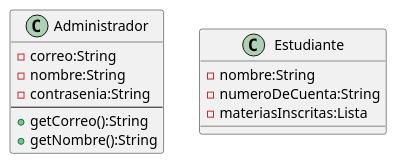
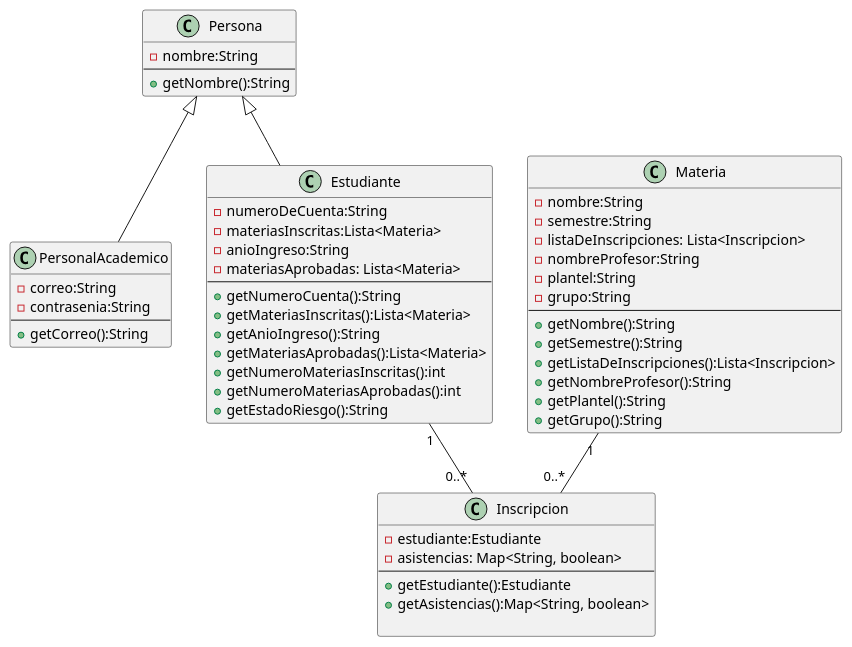
The diagram in ExamenOchoaAMS_239/src/main/java/uml/DCExamenOchoaAMS.puml (juanochoa202/ExaOchoaAMS_239), drawn with PlantUML before and after one commit. The commit also changed 2 other files, not shown here.

Commit message:
Agregué diagrama de clases

```diff
--- a/ExamenOchoaAMS_239/src/main/java/uml/DCExamenOchoaAMS.puml
+++ b/ExamenOchoaAMS_239/src/main/java/uml/DCExamenOchoaAMS.puml
@@ -1,20 +1,62 @@
 @startuml
 
-class Administrador{
+class Persona{
+    -nombre:String
+    ---
+    +getNombre():String
+}
+
+class PersonalAcademico{
     -correo:String
-    -nombre:String
     -contrasenia:String
     ---
     +getCorreo():String
-    +getNombre():String
 }
 
 class Estudiante{
+    -numeroDeCuenta:String
+    -materiasInscritas:Lista<Materia>
+    -anioIngreso:String
+    -materiasAprobadas: Lista<Materia>
+    ---
+    +getNumeroCuenta():String
+    +getMateriasInscritas():Lista<Materia>
+    +getAnioIngreso():String
+    +getMateriasAprobadas():Lista<Materia>
+    +getNumeroMateriasInscritas():int
+    +getNumeroMateriasAprobadas():int
+    +getEstadoRiesgo():String
+}
+
+class Materia {
     -nombre:String
-    -numeroDeCuenta:String
-    -materiasInscritas:Lista
+    -semestre:String
+    -listaDeInscripciones: Lista<Inscripcion>
+    -nombreProfesor:String
+    -plantel:String
+    -grupo:String
+    ---
+    +getNombre():String
+    +getSemestre():String
+    +getListaDeInscripciones():Lista<Inscripcion>
+    +getNombreProfesor():String
+    +getPlantel():String
+    +getGrupo():String
+}
+
+class Inscripcion{
+    -estudiante:Estudiante
+    -asistencias: Map<String, boolean>
+    ---
+    +getEstudiante():Estudiante
+    +getAsistencias():Map<String, boolean>
     
 }
 
+Persona <|-- PersonalAcademico
+Persona <|-- Estudiante
+
+Estudiante "1" -- "0..*" Inscripcion
+Materia "1" -- "0..*" Inscripcion
 
 @enduml
```
